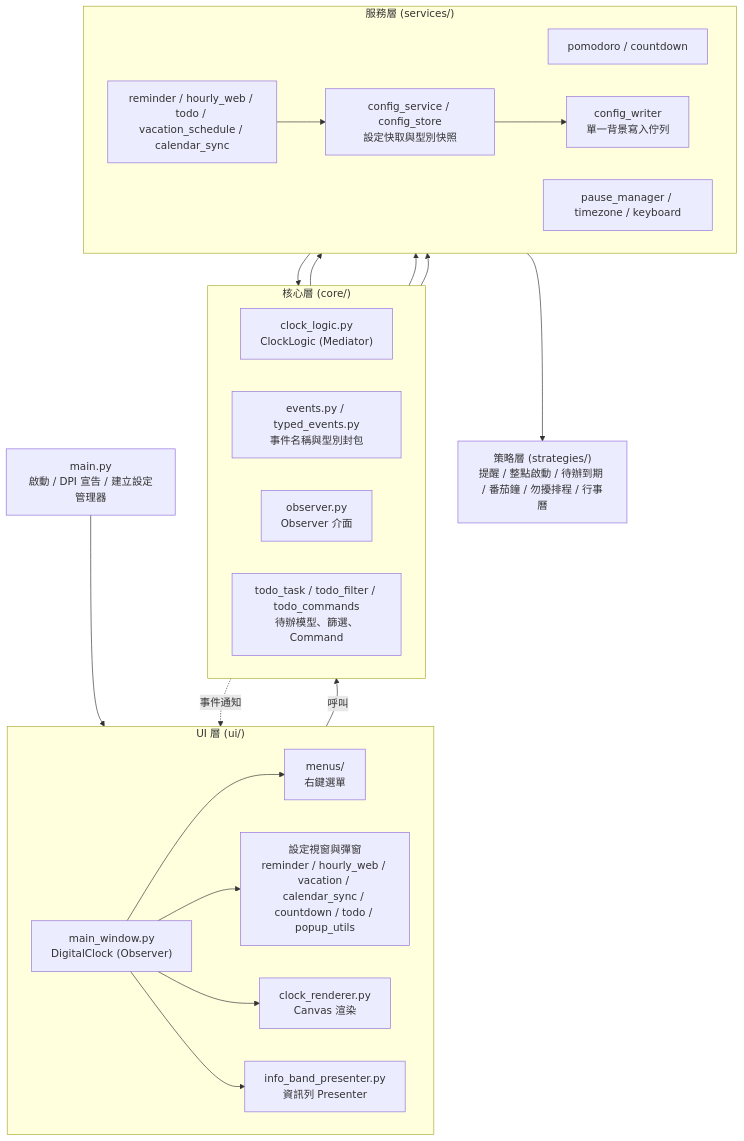
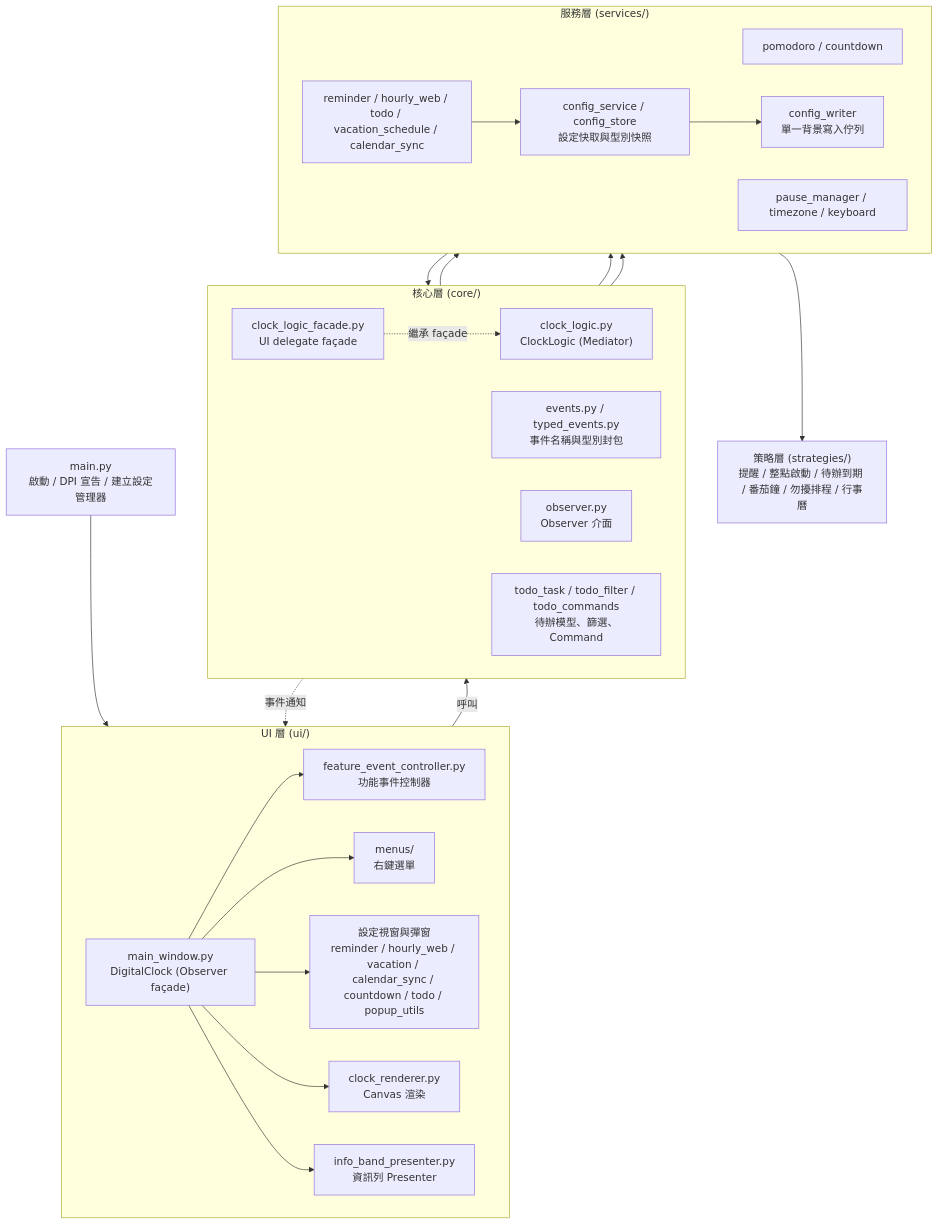
One commit to eric999j/digital_clock changed the diagram in docs/architecture.md. Above: the diagram before and after it, drawn with Mermaid. The commit also changed other lines of this file and 19 other files, not shown here.

First line of the commit message:
Refactor DigitalClock to use FeatureEventController for event handling

````diff
--- a/docs/architecture.md
+++ b/docs/architecture.md
@@ -5,47 +5,51 @@
 ```mermaid
 flowchart TB
     MAIN["main.py<br/>啟動 / DPI 宣告 / 建立設定管理器"]
 
     subgraph UI_Layer["UI 層 (ui/)"]
         direction LR
-        WINDOW["main_window.py<br/>DigitalClock (Observer)"]
+        WINDOW["main_window.py<br/>DigitalClock (Observer façade)"]
+        F_EVT["feature_event_controller.py<br/>功能事件控制器"]
         RENDER["clock_renderer.py<br/>Canvas 渲染"]
         INFO["info_band_presenter.py<br/>資訊列 Presenter"]
         MENUS["menus/<br/>右鍵選單"]
         DIALOGS["設定視窗與彈窗<br/>reminder / hourly_web / vacation / calendar_sync / countdown / todo / popup_utils"]
     end
 
     subgraph Core_Layer["核心層 (core/)"]
         direction LR
         LOGIC["clock_logic.py<br/>ClockLogic (Mediator)"]
+        FACADE["clock_logic_facade.py<br/>UI delegate façade"]
         EVT["events.py / typed_events.py<br/>事件名稱與型別封包"]
         OBS["observer.py<br/>Observer 介面"]
         TODOCORE["todo_task / todo_filter / todo_commands<br/>待辦模型、篩選、Command"]
     end
 
     subgraph Service_Layer["服務層 (services/)"]
         direction LR
         POMO["pomodoro / countdown"]
         REMS["reminder / hourly_web / todo / vacation_schedule / calendar_sync"]
         MISC["pause_manager / timezone / keyboard"]
         CFG["config_service / config_store<br/>設定快取與型別快照"]
         WRITER["config_writer<br/>單一背景寫入佇列"]
     end
 
     STR["策略層 (strategies/)<br/>提醒 / 整點啟動 / 待辦到期 / 番茄鐘 / 勿擾排程 / 行事曆"]
 
     MAIN --> WINDOW
+    WINDOW --> F_EVT
     WINDOW --> MENUS
     WINDOW --> DIALOGS
     WINDOW --> RENDER
     WINDOW --> INFO
     WINDOW -->|呼叫| LOGIC
     LOGIC -.->|事件通知| WINDOW
-    LOGIC --> POMO
+    FACADE -.->|繼承 façade| LOGIC
+    FACADE --> POMO
     LOGIC --> REMS
     LOGIC --> MISC
     REMS --> STR
     REMS --> TODOCORE
     REMS --> CFG
     CFG --> WRITER
 ```
````
